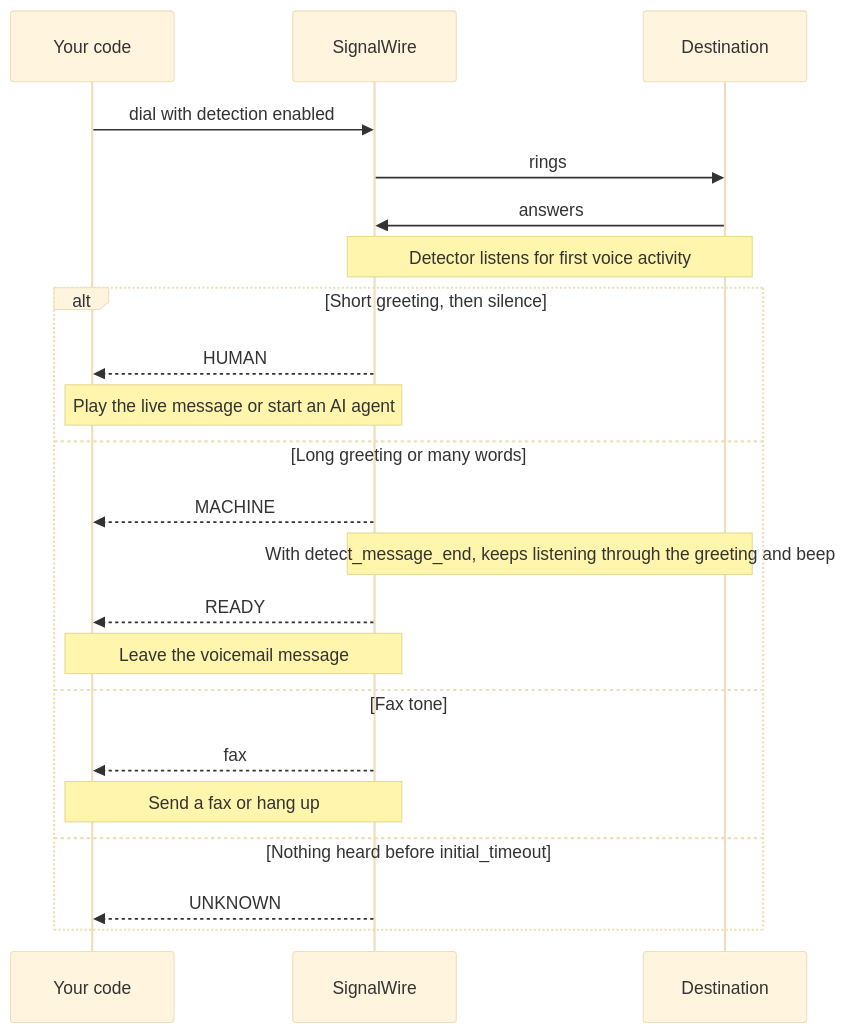
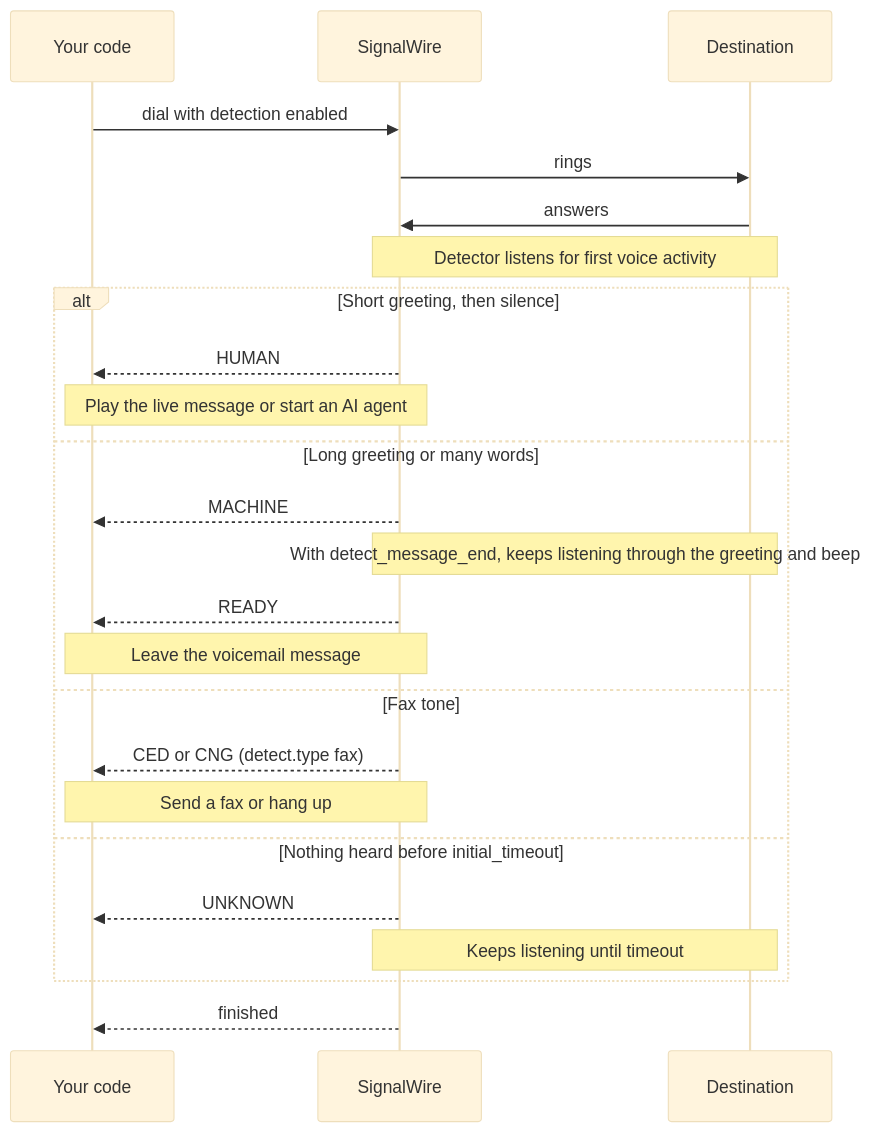
One commit to signalwire/docs changed the diagram in fern/products/platform/pages/calling/voice/machine-detection.mdx. Above: the diagram before and after it, drawn with Mermaid (base theme). The commit also changed other lines of this file and 1 other file, not shown here.

````diff
--- a/fern/products/platform/pages/calling/voice/machine-detection.mdx
+++ b/fern/products/platform/pages/calling/voice/machine-detection.mdx
@@ -115,25 +125,27 @@
 ```mermaid
 sequenceDiagram
     participant App as Your code
     participant SW as SignalWire
     participant Dest as Destination
 
     App->>SW: dial with detection enabled
     SW->>Dest: rings
     Dest->>SW: answers
     Note over SW,Dest: Detector listens for first voice activity
     alt Short greeting, then silence
         SW-->>App: HUMAN
         Note over App,SW: Play the live message or start an AI agent
     else Long greeting or many words
         SW-->>App: MACHINE
         Note over SW,Dest: With detect_message_end, keeps listening through the greeting and beep
         SW-->>App: READY
         Note over App,SW: Leave the voicemail message
     else Fax tone
-        SW-->>App: fax
+        SW-->>App: CED or CNG (detect.type fax)
         Note over App,SW: Send a fax or hang up
     else Nothing heard before initial_timeout
         SW-->>App: UNKNOWN
+        Note over SW,Dest: Keeps listening until timeout
     end
+    SW-->>App: finished
 ```
````
